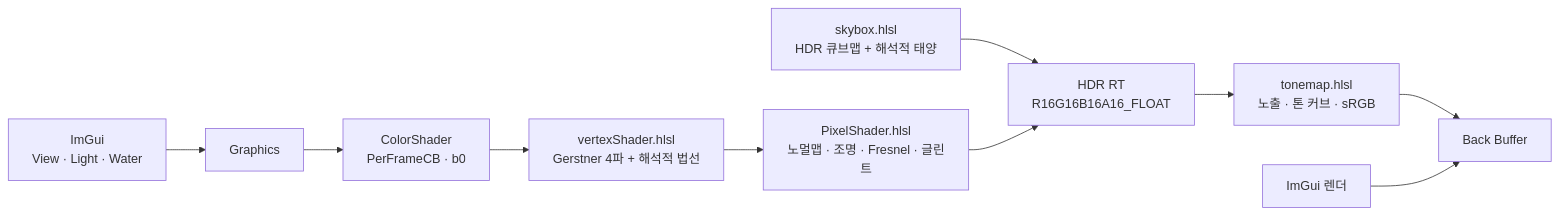
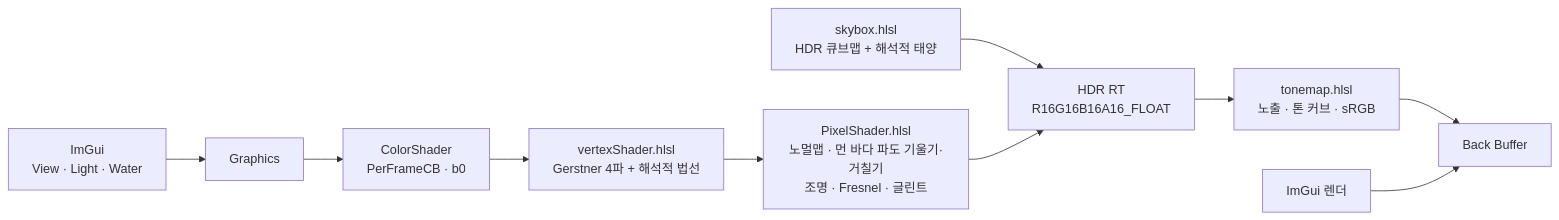
One commit to ryuhajin/WaterShader changed the diagram in README.md. Above: the diagram before and after it, drawn with Mermaid. The commit also changed other lines of this file and 6 other files, not shown here.

First line of the commit message:
docs: update changelog, readme, roadmap and feature docs for wave-macro / wave-far-normals

````diff
--- a/README.md
+++ b/README.md
@@ -108,12 +113,12 @@
 ```mermaid
 flowchart LR
     UI[ImGui<br/>View · Light · Water] --> G[Graphics]
     G --> CB[ColorShader<br/>PerFrameCB · b0]
     CB --> VS[vertexShader.hlsl<br/>Gerstner 4파 + 해석적 법선]
-    VS --> PS[PixelShader.hlsl<br/>노멀맵 · 조명 · Fresnel · 글린트]
+    VS --> PS[PixelShader.hlsl<br/>노멀맵 · 먼 바다 파도 기울기·거칠기<br/>조명 · Fresnel · 글린트]
     SKY[skybox.hlsl<br/>HDR 큐브맵 + 해석적 태양] --> HDR[HDR RT<br/>R16G16B16A16_FLOAT]
     PS --> HDR
     HDR --> TM[tonemap.hlsl<br/>노출 · 톤 커브 · sRGB]
     TM --> BB[Back Buffer]
     IMGUI[ImGui 렌더] --> BB
 ```
````
